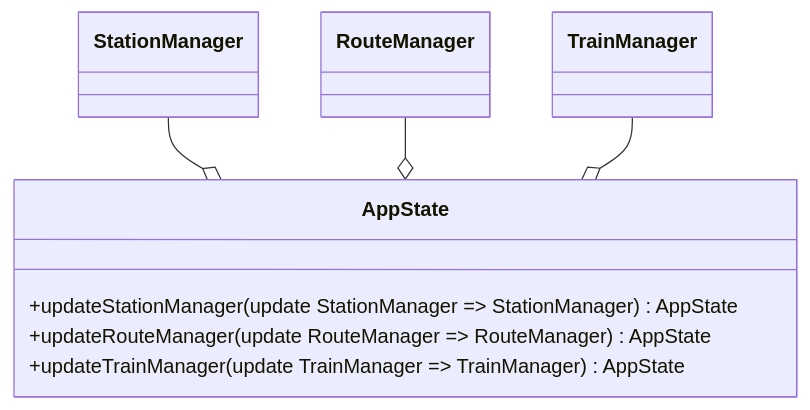
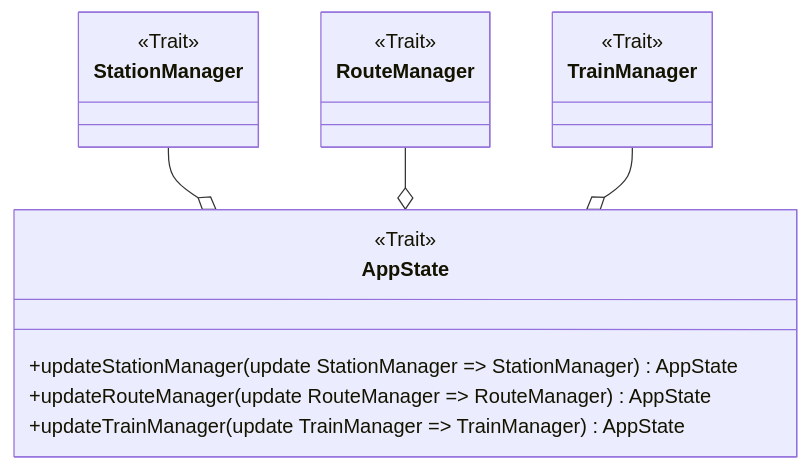
One commit to dev-pps/pps-23-ulisse changed the first of 2 diagrams in docs/report/5-impl-buizo.md. Above: the diagram before and after it, drawn with Mermaid. The commit also changed other lines of this file, not shown here.

````diff
--- a/docs/report/5-impl-buizo.md
+++ b/docs/report/5-impl-buizo.md
@@ -27,13 +27,19 @@
 ```mermaid
 classDiagram
     class `AppState`
+    class `StationManager`
+    class `RouteManager`
+    class `TrainManager`
+    <<Trait>> `AppState`
+    <<Trait>> `StationManager`    
+    <<Trait>> `RouteManager`
+    <<Trait>> `TrainManager`
+   
     AppState : +updateStationManager(update StationManager => StationManager) AppState
     AppState : +updateRouteManager(update RouteManager => RouteManager) AppState
     AppState : +updateTrainManager(update TrainManager => TrainManager) AppState
-    class `StationManager`
-    class `RouteManager`
-    class `TrainManager`
+    
     `StationManager` --o `AppState`
     `RouteManager` --o `AppState`
     `TrainManager` --o `AppState`
 ```
````
